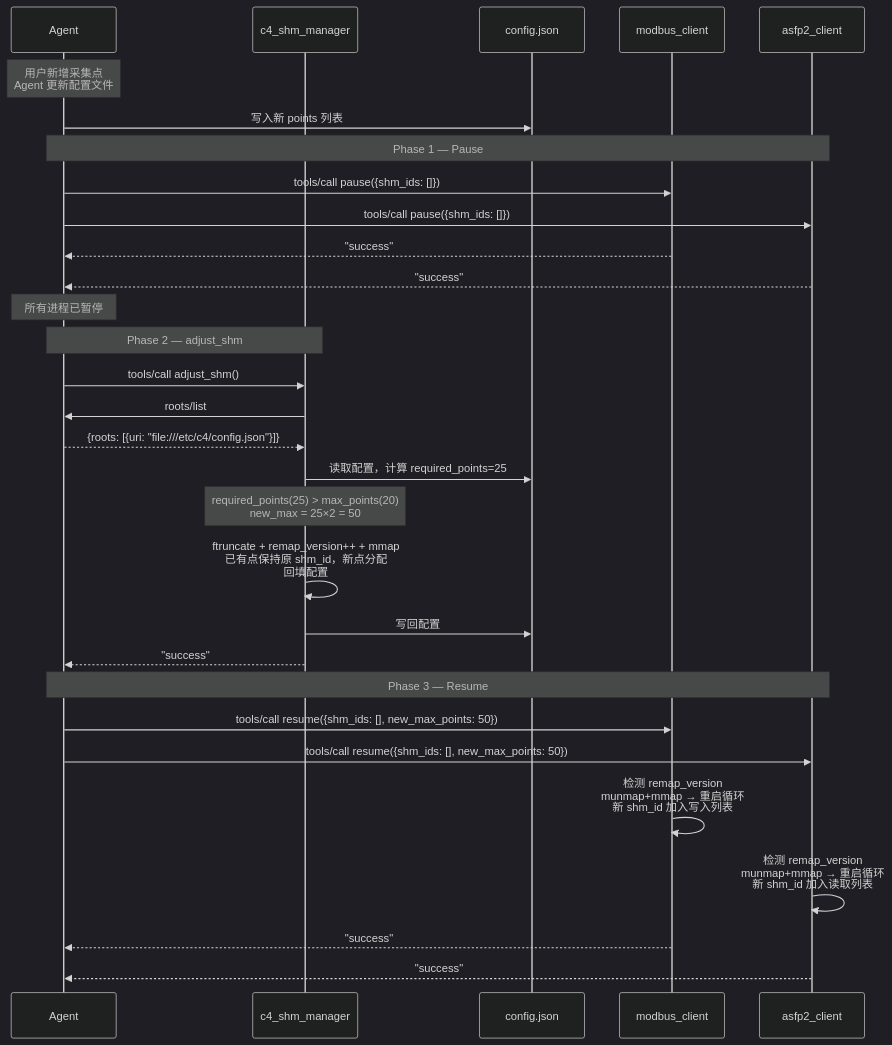
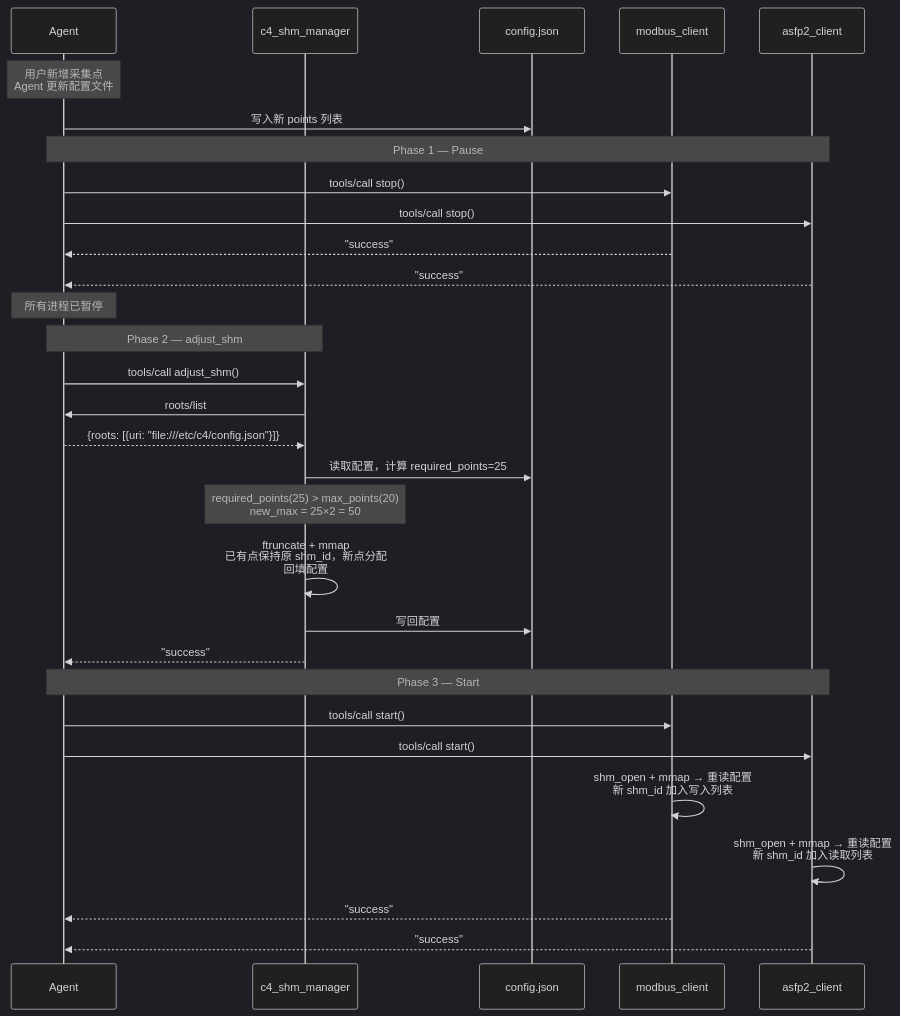
The sixth of 9 diagrams in docs/design/c4_shm_manager.md (activesys/c4), drawn with Mermaid (dark theme) before and after one commit. The commit also changed other lines of this file and 18 other files, not shown here.

First line of the commit message:
refactor: replace pause/resume with stop/start; rename remap_version to reserved

````diff
--- a/docs/design/c4_shm_manager.md
+++ b/docs/design/c4_shm_manager.md
@@ -832,36 +826,36 @@
 ```mermaid
 sequenceDiagram
     participant A as Agent
     participant S as c4_shm_manager
     participant CFG as config.json
     participant M1 as modbus_client
     participant M2 as asfp2_client
 
     Note over A: 用户新增采集点<br/>Agent 更新配置文件
     A->>CFG: 写入新 points 列表
 
     Note over A,M2: Phase 1 — Pause
-    A->>M1: tools/call pause({shm_ids: []})
-    A->>M2: tools/call pause({shm_ids: []})
+    A->>M1: tools/call stop()
+    A->>M2: tools/call stop()
     M1-->>A: "success"
     M2-->>A: "success"
     Note over A: 所有进程已暂停
 
     Note over A,S: Phase 2 — adjust_shm
     A->>S: tools/call adjust_shm()
     S->>A: roots/list
     A-->>S: {roots: [{uri: "file:///etc/c4/config.json"}]}
     S->>CFG: 读取配置，计算 required_points=25
     Note over S: required_points(25) > max_points(20)<br/>new_max = 25×2 = 50
-    S->>S: ftruncate + remap_version++ + mmap<br/>已有点保持原 shm_id，新点分配<br/>回填配置
+    S->>S: ftruncate + mmap<br/>已有点保持原 shm_id，新点分配<br/>回填配置
     S->>CFG: 写回配置
     S-->>A: "success"
 
-    Note over A,M2: Phase 3 — Resume
-    A->>M1: tools/call resume({shm_ids: [], new_max_points: 50})
-    A->>M2: tools/call resume({shm_ids: [], new_max_points: 50})
-    M1->>M1: 检测 remap_version<br/>munmap+mmap → 重启循环<br/>新 shm_id 加入写入列表
-    M2->>M2: 检测 remap_version<br/>munmap+mmap → 重启循环<br/>新 shm_id 加入读取列表
+    Note over A,M2: Phase 3 — Start
+    A->>M1: tools/call start()
+    A->>M2: tools/call start()
+    M1->>M1: shm_open + mmap → 重读配置<br/>新 shm_id 加入写入列表
+    M2->>M2: shm_open + mmap → 重读配置<br/>新 shm_id 加入读取列表
     M1-->>A: "success"
     M2-->>A: "success"
 ```
````
